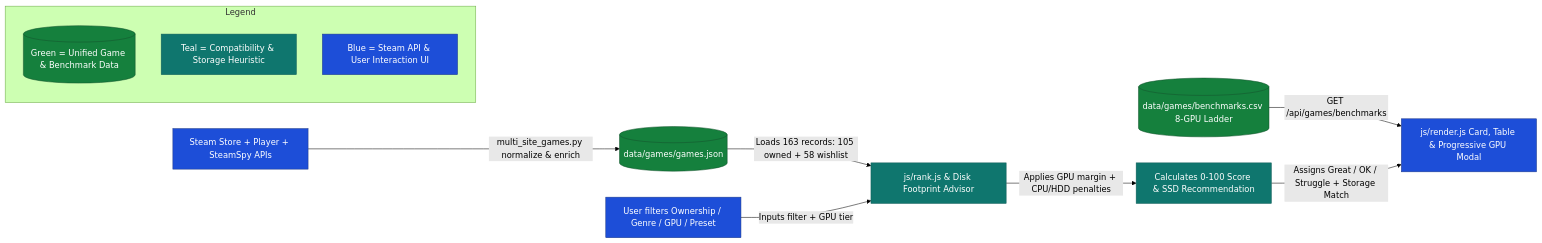
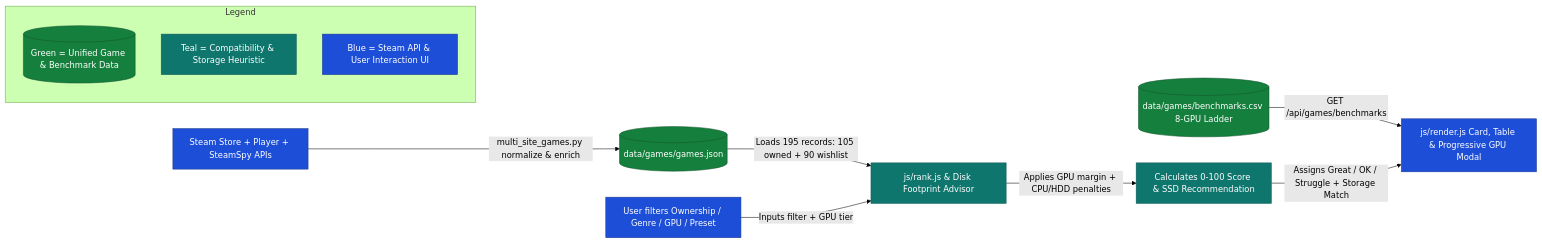
One commit to Mostakim2005/database-manager changed the third of 12 diagrams in docs/ARCHITECTURE.md. Above: the diagram before and after it, drawn with Mermaid (forest theme). The commit also changed other lines of this file and 9 other files, not shown here.

````diff
--- a/docs/ARCHITECTURE.md
+++ b/docs/ARCHITECTURE.md
@@ -115,20 +115,20 @@
 ```mermaid
 flowchart LR
     %% Color Definitions
     classDef startNode fill:#1d4ed8,stroke:#1e3a8a,color:#ffffff
     classDef processNode fill:#0f766e,stroke:#115e59,color:#ffffff
     classDef dataNode fill:#15803d,stroke:#14532d,color:#ffffff
 
     S0[Steam Store + Player + SteamSpy APIs]:::startNode -->|multi_site_games.py normalize & enrich| G1[(data/games/games.json)]:::dataNode
     B0[(data/games/benchmarks.csv 8-GPU Ladder)]:::dataNode -->|GET /api/games/benchmarks| G5
-    G1 -->|Loads 163 records: 105 owned + 58 wishlist| G2[js/rank.js & Disk Footprint Advisor]:::processNode
+    G1 -->|Loads 195 records: 105 owned + 90 wishlist| G2[js/rank.js & Disk Footprint Advisor]:::processNode
     G3[User filters Ownership / Genre / GPU / Preset]:::startNode -->|Inputs filter + GPU tier| G2
     G2 -->|Applies GPU margin + CPU/HDD penalties| G4[Calculates 0-100 Score & SSD Recommendation]:::processNode
     G4 -->|Assigns Great / OK / Struggle + Storage Match| G5[js/render.js Card, Table & Progressive GPU Modal]:::startNode
 
     subgraph Legend["Legend"]
         L1[(Green = Unified Game & Benchmark Data)]:::dataNode
         L2[Teal = Compatibility & Storage Heuristic]:::processNode
         L3[Blue = Steam API & User Interaction UI]:::startNode
     end
 ```
````
